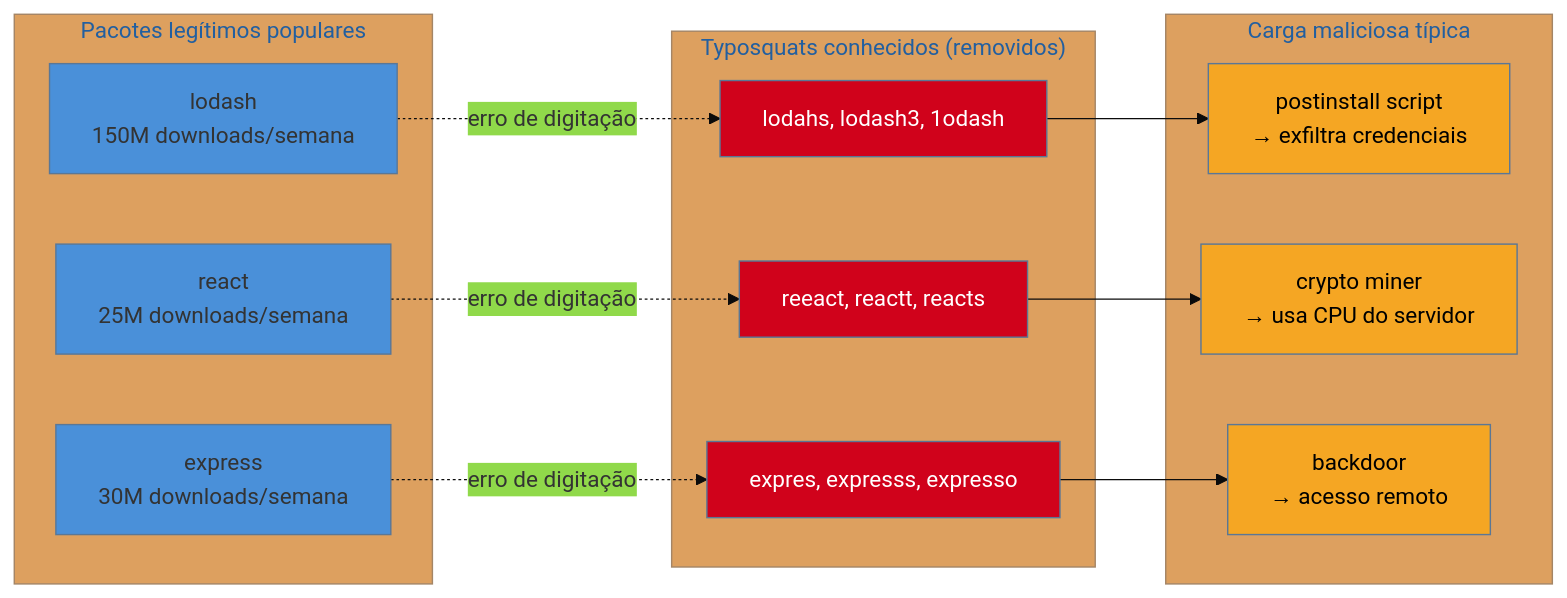
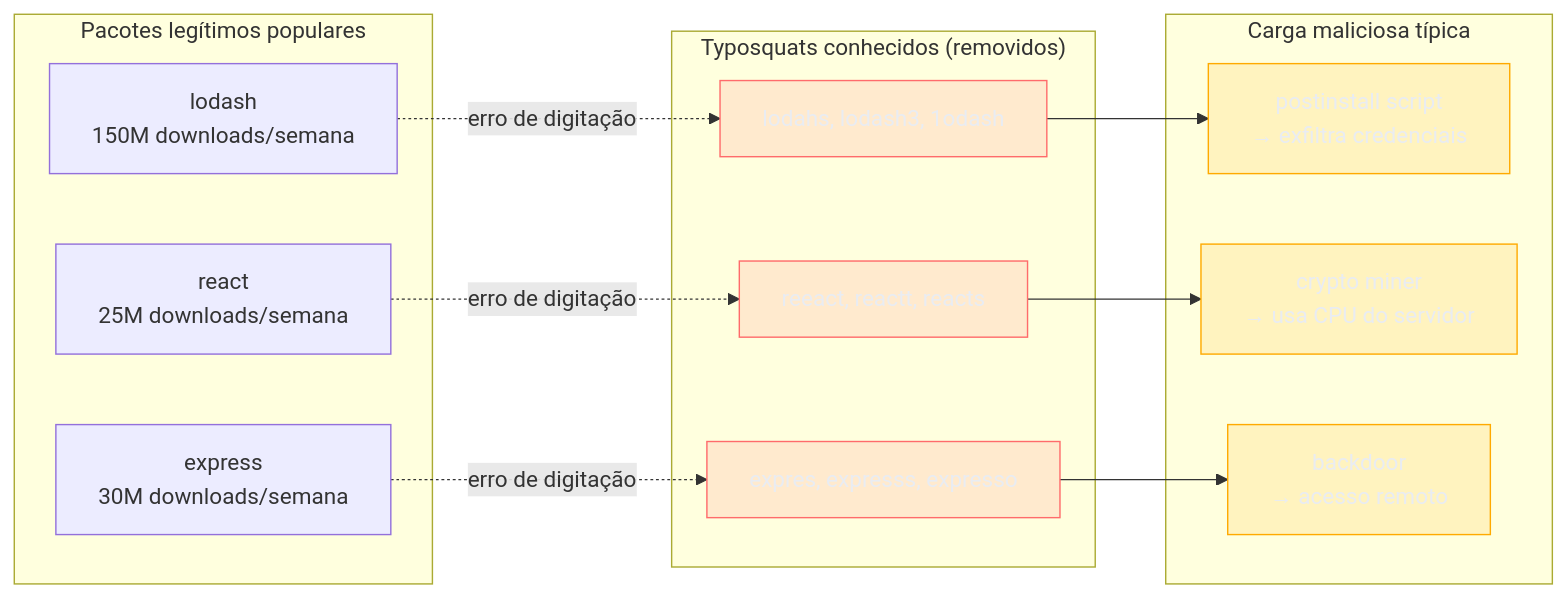
Before and after one commit to josenaldo/codex-technomanticus: the second of 7 diagrams in 03-Dominios/Tecnologia/Tooling e Build/24 - Supply chain e segurança de dependências.md, drawn with Mermaid. The commit also changed other lines of this file and 1181 other files, not shown here.

First line of the commit message:
fix(diagramas): paleta do sistema no lugar de cor cravada no markdown

````diff
--- a/03-Dominios/Tecnologia/Tooling e Build/24 - Supply chain e segurança de dependências.md
+++ b/03-Dominios/Tecnologia/Tooling e Build/24 - Supply chain e segurança de dependências.md
@@ -140,36 +141,37 @@
 ```mermaid
-%%{init: {"theme": "base", "themeVariables": {"primaryColor": "#4A90D9"}}}%%
 graph LR
+    classDef falha fill:#FF6B6B24,stroke:#FF6B6B,color:#E9ECF2
+    classDef destaque fill:#FFAA0024,stroke:#FFAA00,color:#E9ECF2
     subgraph "Pacotes legítimos populares"
         L1["lodash\n150M downloads/semana"]
         L2["react\n25M downloads/semana"]
         L3["express\n30M downloads/semana"]
     end
 
     subgraph "Typosquats conhecidos (removidos)"
         T1["lodahs, lodash3, 1odash"]
         T2["reeact, reactt, reacts"]
         T3["expres, expresss, expresso"]
     end
 
     subgraph "Carga maliciosa típica"
         M1["postinstall script\n→ exfiltra credenciais"]
         M2["crypto miner\n→ usa CPU do servidor"]
         M3["backdoor\n→ acesso remoto"]
     end
 
     L1 -.->|"erro de digitação"| T1
     L2 -.->|"erro de digitação"| T2
     L3 -.->|"erro de digitação"| T3
 
     T1 --> M1
     T2 --> M2
     T3 --> M3
 
-    style T1 fill:#D0021B,color:#fff
-    style T2 fill:#D0021B,color:#fff
-    style T3 fill:#D0021B,color:#fff
-    style M1 fill:#F5A623,color:#000
-    style M2 fill:#F5A623,color:#000
-    style M3 fill:#F5A623,color:#000
+    class T1 falha
+    class T2 falha
+    class T3 falha
+    class M1 destaque
+    class M2 destaque
+    class M3 destaque
 ```
````
